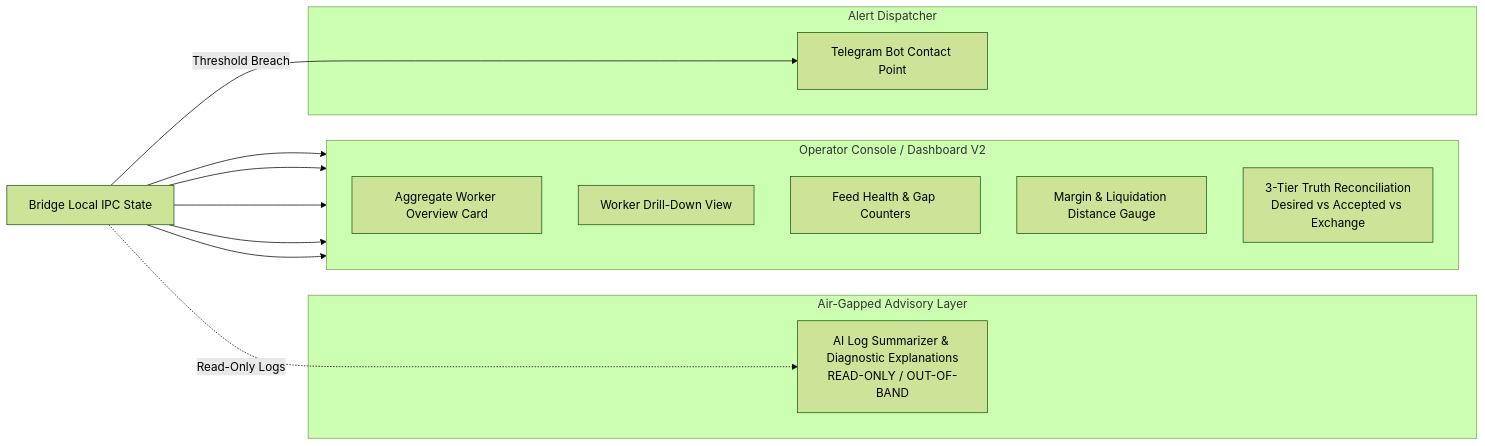
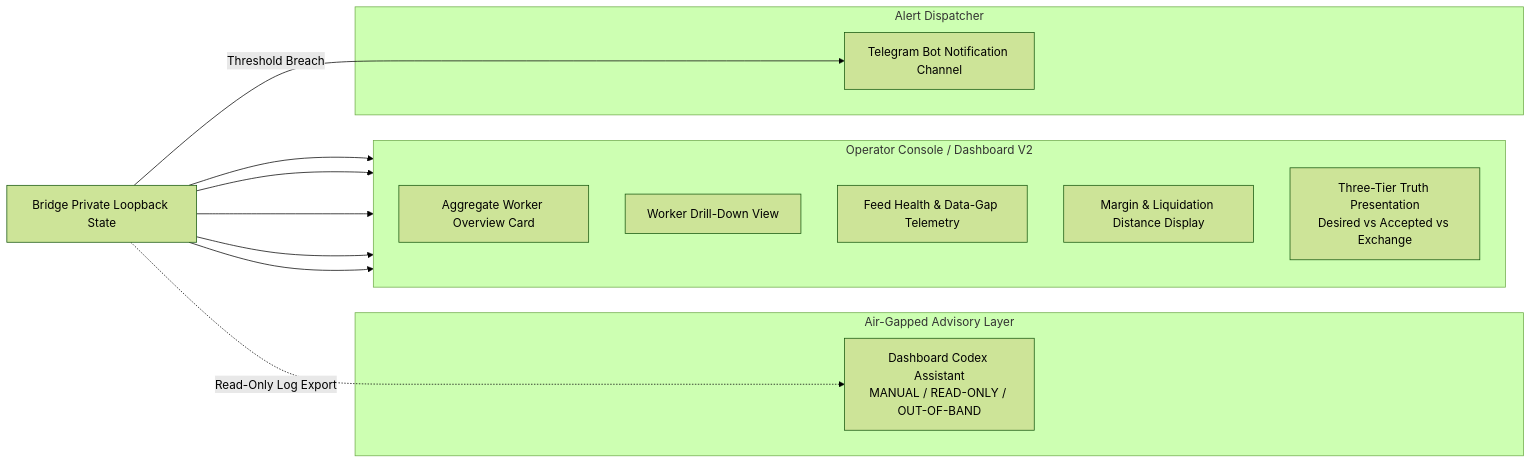
Before and after one commit to bsemaay-tech/mtc-command-center: the second of 2 diagrams in MTC_COMMAND_CENTER/11_TRIAGE/V2_DASHBOARD_EXTERNAL_RESEARCH_DRAFT_2026-08-17.md, drawn with Mermaid (forest theme). The commit also changed other lines of this file, not shown here.

````diff
--- a/MTC_COMMAND_CENTER/11_TRIAGE/V2_DASHBOARD_EXTERNAL_RESEARCH_DRAFT_2026-08-17.md
+++ b/MTC_COMMAND_CENTER/11_TRIAGE/V2_DASHBOARD_EXTERNAL_RESEARCH_DRAFT_2026-08-17.md
@@ -164,27 +166,27 @@
 ```mermaid
 flowchart LR
     subgraph OperatorInterface [Operator Console / Dashboard V2]
         direction TB
         Overview[Aggregate Worker Overview Card]
         Drilldown[Worker Drill-Down View]
-        HealthPanel[Feed Health & Gap Counters]
-        MarginPanel[Margin & Liquidation Distance Gauge]
-        TruthComp[3-Tier Truth Reconciliation\nDesired vs Accepted vs Exchange]
+        HealthPanel[Feed Health & Data-Gap Telemetry]
+        MarginPanel[Margin & Liquidation Distance Display]
+        TruthComp[Three-Tier Truth Presentation\nDesired vs Accepted vs Exchange]
     end
 
     subgraph AdvisoryLayer [Air-Gapped Advisory Layer]
-        AIAssistant[AI Log Summarizer & Diagnostic Explanations\nREAD-ONLY / OUT-OF-BAND]
+        AIAssistant[Dashboard Codex Assistant\nMANUAL / READ-ONLY / OUT-OF-BAND]
     end
 
     subgraph NotificationLayer [Alert Dispatcher]
-        Telegram[Telegram Bot Contact Point]
+        Telegram[Telegram Bot Notification Channel]
     end
 
-    BridgeState[Bridge Local IPC State] --> Overview
+    BridgeState[Bridge Private Loopback State] --> Overview
     BridgeState --> Drilldown
     BridgeState --> HealthPanel
     BridgeState --> MarginPanel
     BridgeState --> TruthComp
-    BridgeState -.->|Read-Only Logs| AIAssistant
+    BridgeState -.->|Read-Only Log Export| AIAssistant
     BridgeState -->|Threshold Breach| Telegram
 ```
````
